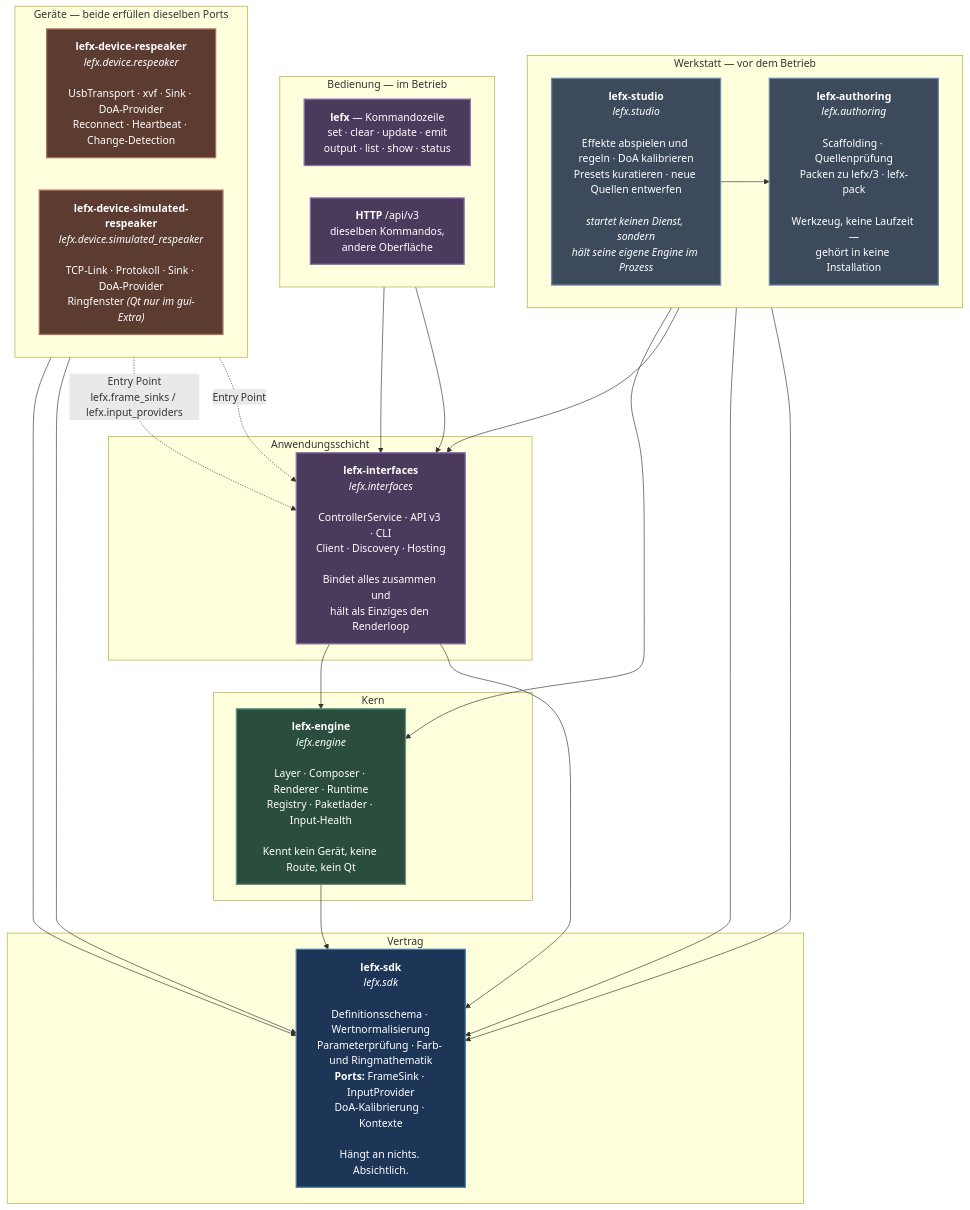
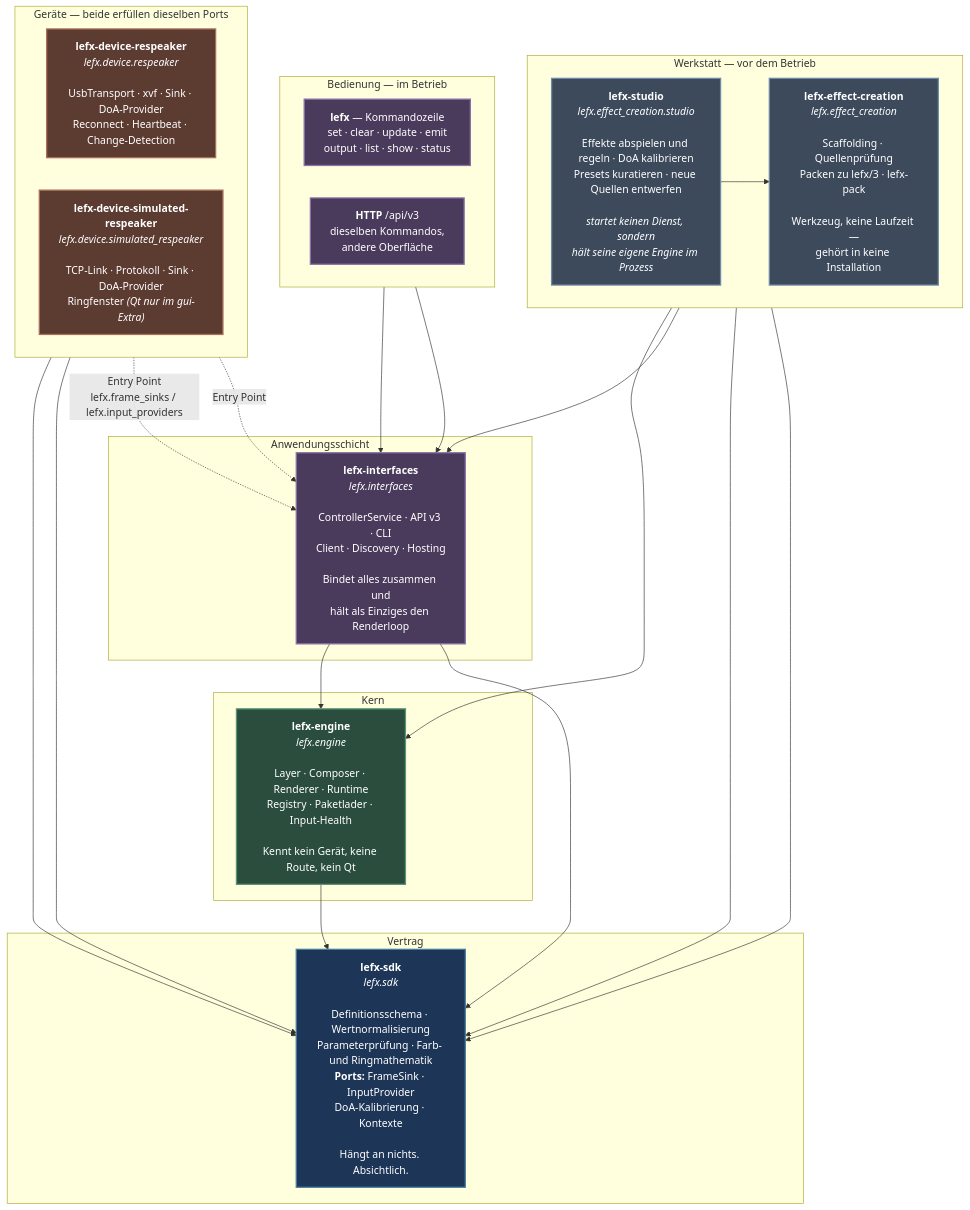
The first of 5 diagrams in docs/index.md (marcosudau-vps/led_controller_respeaker-v3), drawn with Mermaid before and after one commit. The commit also changed other lines of this file and 48 other files, not shown here.

````diff
--- a/docs/index.md
+++ b/docs/index.md
@@ -12,62 +12,62 @@
 ```mermaid
 flowchart TB
     classDef contract fill:#1d3557,stroke:#457b9d,color:#fff,stroke-width:2px
     classDef core fill:#2a4d3e,stroke:#5b9279,color:#fff,stroke-width:2px
     classDef app fill:#4a3b5c,stroke:#8a6fa8,color:#fff,stroke-width:2px
     classDef device fill:#5c3b31,stroke:#a86f5c,color:#fff,stroke-width:2px
     classDef tool fill:#3c4a5c,stroke:#6f8aa8,color:#fff,stroke-width:2px
 
     subgraph BEDIENUNG["Bedienung — im Betrieb"]
         direction LR
         CLI["<b>lefx</b> — Kommandozeile<br/>set · clear · update · emit<br/>output · list · show · status"]
         REST["<b>HTTP</b> /api/v3<br/>dieselben Kommandos,<br/>andere Oberfläche"]
     end
 
     subgraph ANWENDUNG["Anwendungsschicht"]
         IFACE["<b>lefx-interfaces</b><br/><i>lefx.interfaces</i><br/><br/>ControllerService · API v3 · CLI<br/>Client · Discovery · Hosting<br/><br/>Bindet alles zusammen und<br/>hält als Einziges den Renderloop"]
     end
 
     subgraph WERKZEUG["Werkstatt — vor dem Betrieb"]
         direction LR
-        GUI["<b>lefx-studio</b><br/><i>lefx.studio</i><br/><br/>Effekte abspielen und regeln · DoA kalibrieren<br/>Presets kuratieren · neue Quellen entwerfen<br/><br/><i>startet keinen Dienst, sondern<br/>hält seine eigene Engine im Prozess</i>"]
-        AUTH["<b>lefx-authoring</b><br/><i>lefx.authoring</i><br/><br/>Scaffolding · Quellenprüfung<br/>Packen zu lefx/3 · lefx-pack<br/><br/>Werkzeug, keine Laufzeit —<br/>gehört in keine Installation"]
+        GUI["<b>lefx-studio</b><br/><i>lefx.effect_creation.studio</i><br/><br/>Effekte abspielen und regeln · DoA kalibrieren<br/>Presets kuratieren · neue Quellen entwerfen<br/><br/><i>startet keinen Dienst, sondern<br/>hält seine eigene Engine im Prozess</i>"]
+        AUTH["<b>lefx-effect-creation</b><br/><i>lefx.effect_creation</i><br/><br/>Scaffolding · Quellenprüfung<br/>Packen zu lefx/3 · lefx-pack<br/><br/>Werkzeug, keine Laufzeit —<br/>gehört in keine Installation"]
     end
 
     subgraph KERN["Kern"]
         ENGINE["<b>lefx-engine</b><br/><i>lefx.engine</i><br/><br/>Layer · Composer · Renderer · Runtime<br/>Registry · Paketlader · Input-Health<br/><br/>Kennt kein Gerät, keine Route, kein Qt"]
     end
 
     subgraph VERTRAG["Vertrag"]
         SDK["<b>lefx-sdk</b><br/><i>lefx.sdk</i><br/><br/>Definitionsschema · Wertnormalisierung<br/>Parameterprüfung · Farb- und Ringmathematik<br/><b>Ports:</b> FrameSink · InputProvider<br/>DoA-Kalibrierung · Kontexte<br/><br/>Hängt an nichts. Absichtlich."]
     end
 
     subgraph GERAETE["Geräte — beide erfüllen dieselben Ports"]
         direction LR
         DEV["<b>lefx-device-respeaker</b><br/><i>lefx.device.respeaker</i><br/><br/>UsbTransport · xvf · Sink · DoA-Provider<br/>Reconnect · Heartbeat · Change-Detection"]
         SIM["<b>lefx-device-simulated-respeaker</b><br/><i>lefx.device.simulated_respeaker</i><br/><br/>TCP-Link · Protokoll · Sink · DoA-Provider<br/>Ringfenster <i>(Qt nur im gui-Extra)</i>"]
     end
 
     CLI --> IFACE
     REST --> IFACE
 
     IFACE --> ENGINE
     AUTH --> ENGINE
     GUI --> AUTH
     GUI --> IFACE
     ENGINE --> SDK
     IFACE --> SDK
     AUTH --> SDK
     GUI --> SDK
 
     DEV --> SDK
     SIM --> SDK
 
     DEV -.->|"Entry Point<br/>lefx.frame_sinks / lefx.input_providers"| IFACE
     SIM -.->|"Entry Point"| IFACE
 
     class SDK contract
     class ENGINE core
     class IFACE,CLI,REST app
     class GUI,AUTH tool
     class DEV,SIM device
 ```
````
